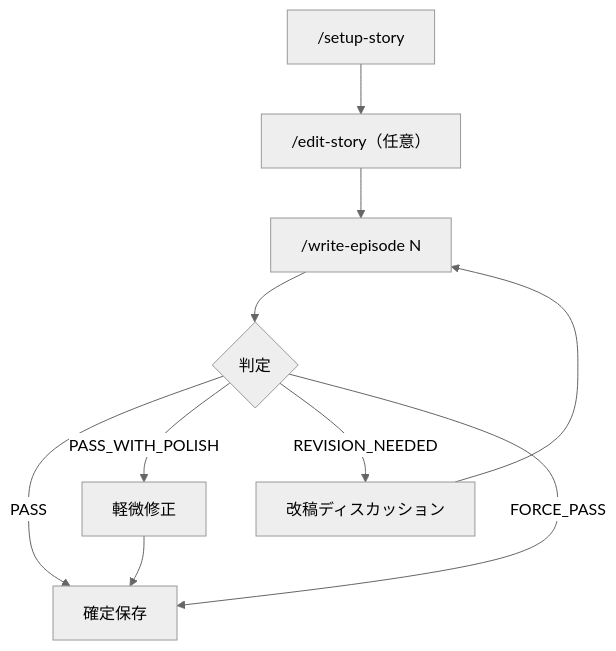
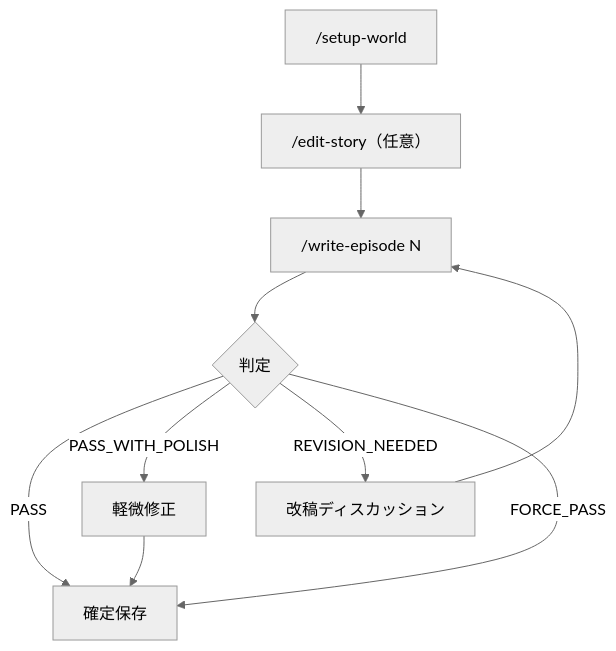
Before and after one commit to finelagusaz/Agentic_Writing: the first of 3 diagrams in docs/workflows.md, drawn with Mermaid (neutral theme). The commit also changed other lines of this file and 12 other files, not shown here.

First line of the commit message:
feat: /setup-arc スキル新設・/setup-world へリネーム

````diff
--- a/docs/workflows.md
+++ b/docs/workflows.md
@@ -5,12 +5,12 @@
 ```mermaid
 flowchart TD
-    S["/setup-story"] --> E["/edit-story（任意）"]
+    S["/setup-world"] --> E["/edit-story（任意）"]
     E --> W["/write-episode N"]
     W --> J{"判定"}
     J -->|PASS| F["確定保存"]
     J -->|PASS_WITH_POLISH| P["軽微修正"]
     P --> F
     J -->|REVISION_NEEDED| R["改稿ディスカッション"]
     R --> W
     J -->|FORCE_PASS| F
 ```
````
